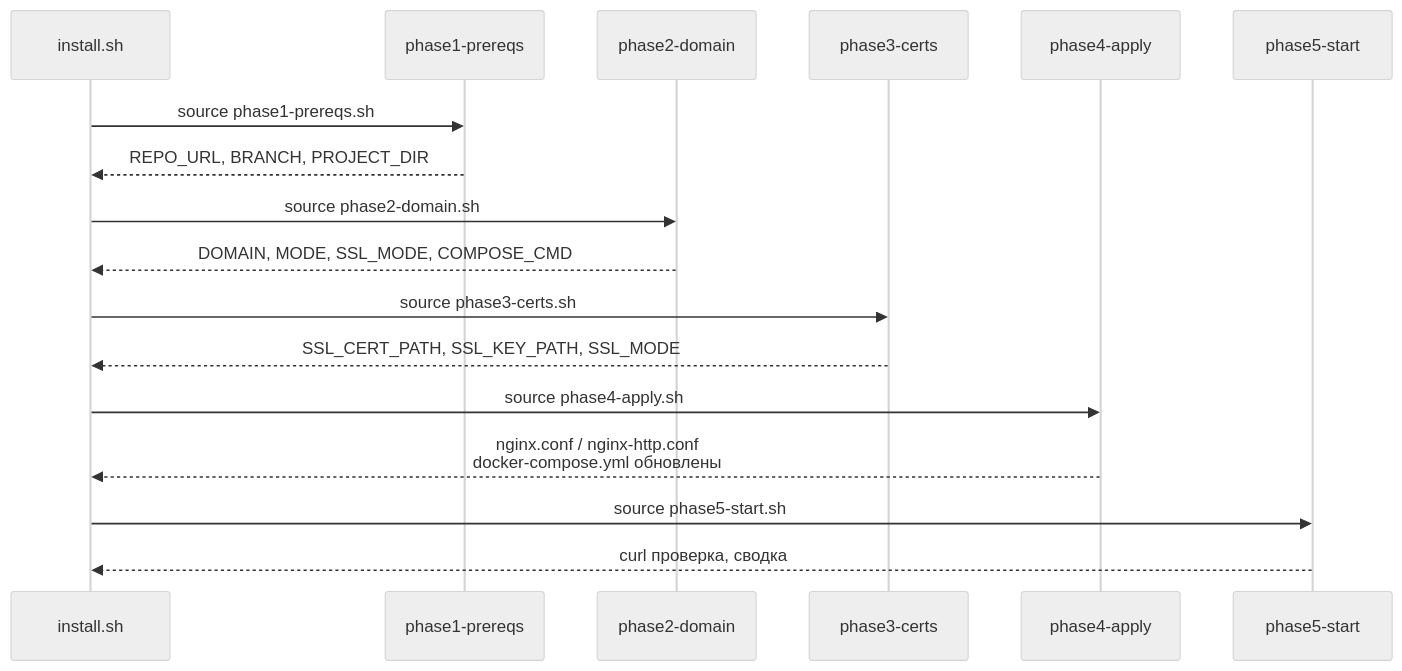
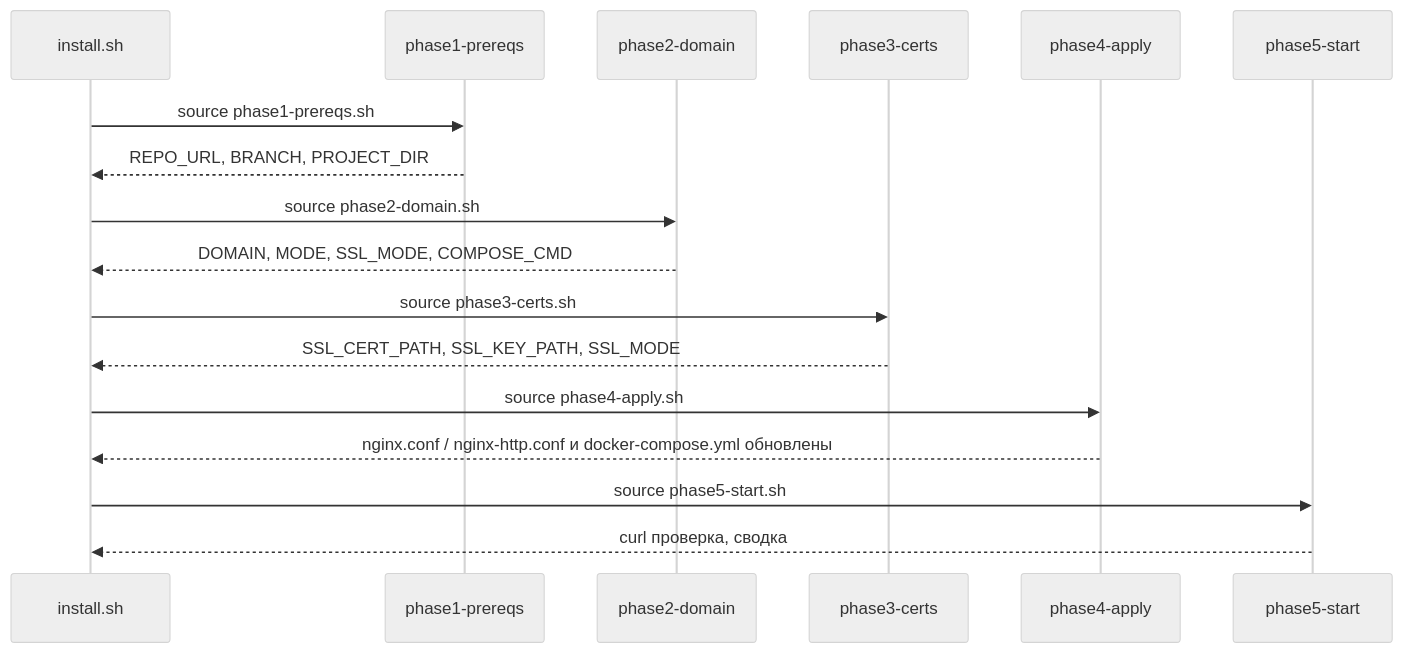
Before and after one commit to iqubik/myfakesite: diagram 11 of 11 in architecture.md, drawn with Mermaid (neutral theme). The commit also changed other lines of this file and 1 other file, not shown here.

````diff
--- a/architecture.md
+++ b/architecture.md
@@ -351,24 +350,24 @@
 ```mermaid
 sequenceDiagram
   participant I as install.sh
   participant P1 as phase1-prereqs
   participant P2 as phase2-domain
   participant P3 as phase3-certs
   participant P4 as phase4-apply
   participant P5 as phase5-start
 
   I->>P1: source phase1-prereqs.sh
   P1-->>I: REPO_URL, BRANCH, PROJECT_DIR
 
   I->>P2: source phase2-domain.sh
   P2-->>I: DOMAIN, MODE, SSL_MODE, COMPOSE_CMD
 
   I->>P3: source phase3-certs.sh
   P3-->>I: SSL_CERT_PATH, SSL_KEY_PATH, SSL_MODE
 
   I->>P4: source phase4-apply.sh
-  P4-->>I: nginx.conf / nginx-http.conf<br/>docker-compose.yml обновлены
+  P4-->>I: nginx.conf / nginx-http.conf и docker-compose.yml обновлены
 
   I->>P5: source phase5-start.sh
   P5-->>I: curl проверка, сводка
 ```
````
